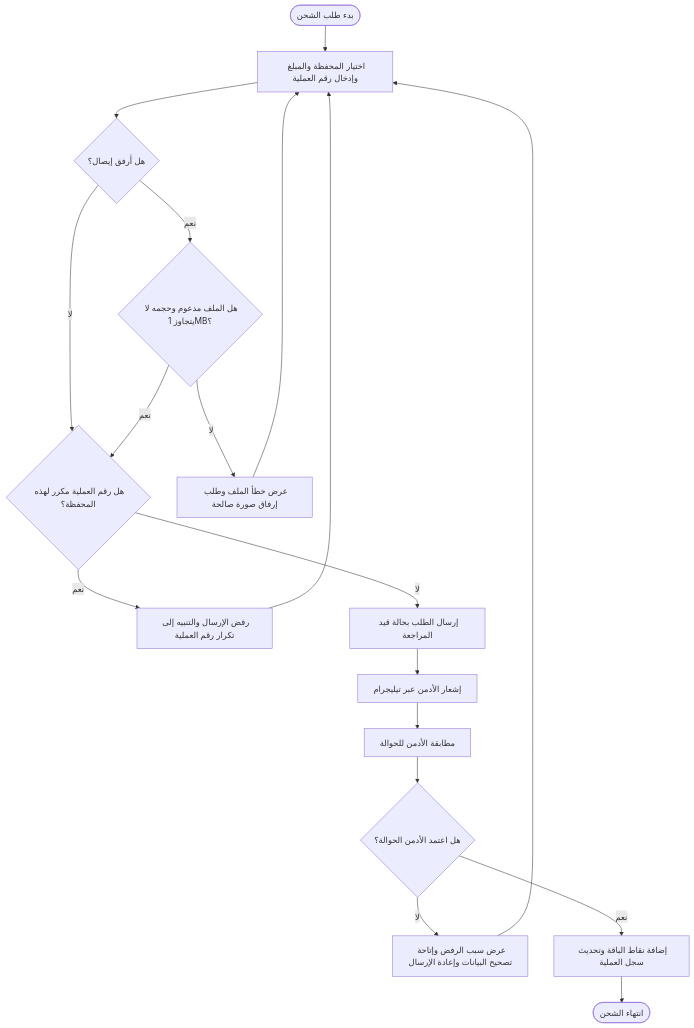
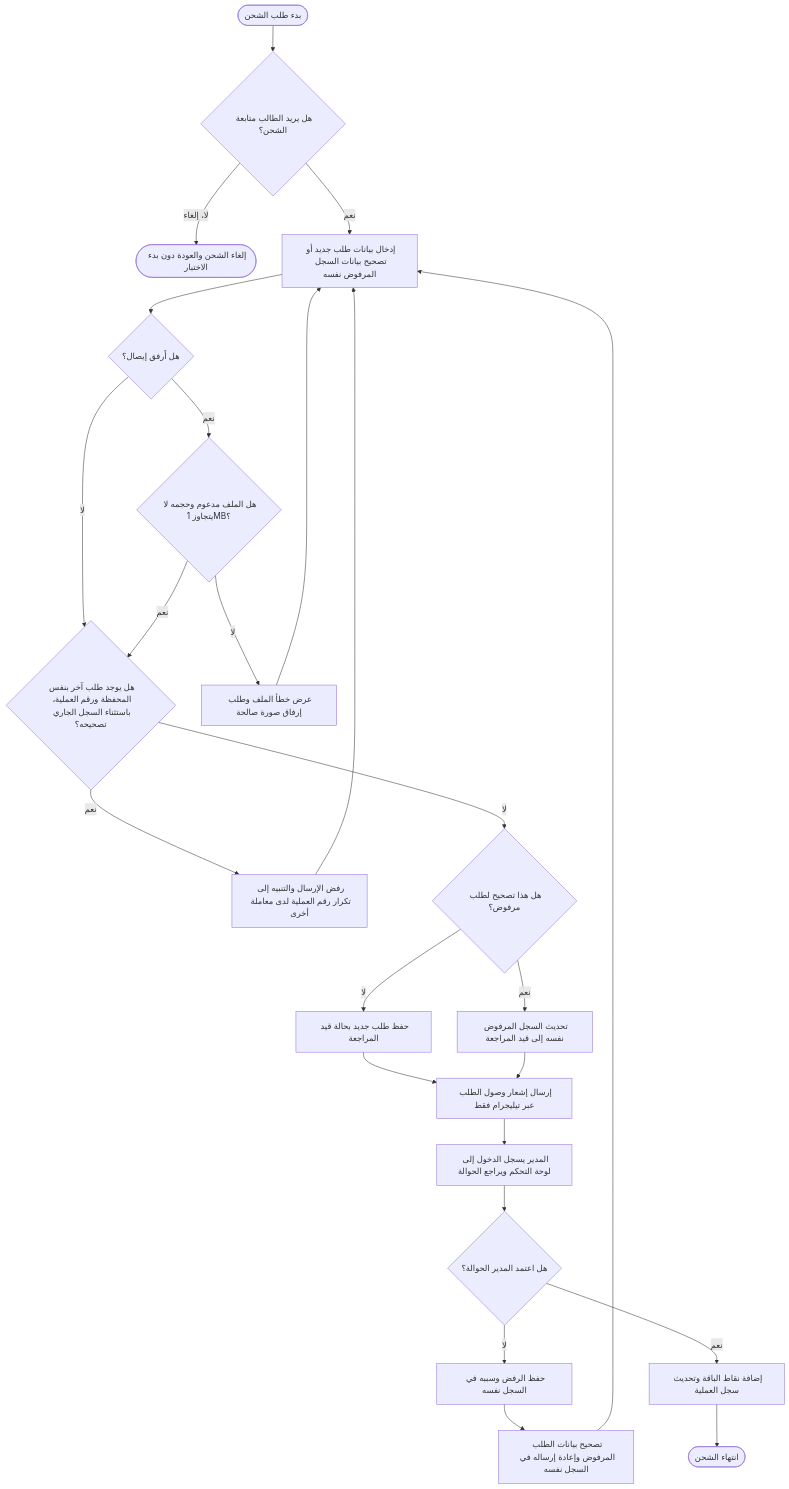
One commit to IUG2006/sanad-tawjihi changed the second of 3 diagrams in docs/user-flow.md. Above: the diagram before and after it, drawn with Mermaid. The commit also changed other lines of this file and 12 other files, not shown here.

````diff
--- a/docs/user-flow.md
+++ b/docs/user-flow.md
@@ -51,20 +71,26 @@
 ```mermaid
 flowchart TD
-    A([بدء طلب الشحن]) --> B[اختيار المحفظة والمبلغ وإدخال رقم العملية]
+    A([بدء طلب الشحن]) --> Continue{هل يريد الطالب متابعة الشحن؟}
+    Continue -->|لا، إلغاء| Cancel([إلغاء الشحن والعودة دون بدء الاختبار])
+    Continue -->|نعم| B[إدخال بيانات طلب جديد أو تصحيح بيانات السجل المرفوض نفسه]
     B --> C{هل أُرفق إيصال؟}
     C -->|نعم| D{هل الملف مدعوم وحجمه لا يتجاوز 1MB؟}
-    C -->|لا| E{هل رقم العملية مكرر لهذه المحفظة؟}
+    C -->|لا| E{هل يوجد طلب آخر بنفس المحفظة ورقم العملية، باستثناء السجل الجاري تصحيحه؟}
     D -->|لا| F[عرض خطأ الملف وطلب إرفاق صورة صالحة]
     F --> B
     D -->|نعم| E
-    E -->|نعم| G[رفض الإرسال والتنبيه إلى تكرار رقم العملية]
+    E -->|نعم| G[رفض الإرسال والتنبيه إلى تكرار رقم العملية لدى معاملة أخرى]
     G --> B
-    E -->|لا| H[إرسال الطلب بحالة قيد المراجعة]
-    H --> I[إشعار الأدمن عبر تيليجرام]
-    I --> J[مطابقة الأدمن للحوالة]
-    J --> K{هل اعتمد الأدمن الحوالة؟}
-    K -->|لا| L[عرض سبب الرفض وإتاحة تصحيح البيانات وإعادة الإرسال]
-    L --> B
-    K -->|نعم| M[إضافة نقاط الباقة وتحديث سجل العملية]
-    M --> N([انتهاء الشحن])
+    E -->|لا| Existing{هل هذا تصحيح لطلب مرفوض؟}
+    Existing -->|لا| H[حفظ طلب جديد بحالة قيد المراجعة]
+    Existing -->|نعم| Update[تحديث السجل المرفوض نفسه إلى قيد المراجعة]
+    H --> Notify[إرسال إشعار وصول الطلب عبر تيليجرام فقط]
+    Update --> Notify
+    Notify --> J[المدير يسجل الدخول إلى لوحة التحكم ويراجع الحوالة]
+    J --> K{هل اعتمد المدير الحوالة؟}
+    K -->|لا| L[حفظ الرفض وسببه في السجل نفسه]
+    L --> M[تصحيح بيانات الطلب المرفوض وإعادة إرساله في السجل نفسه]
+    M --> B
+    K -->|نعم| Credit[إضافة نقاط الباقة وتحديث سجل العملية]
+    Credit --> EndRecharge([انتهاء الشحن])
 ```
````
